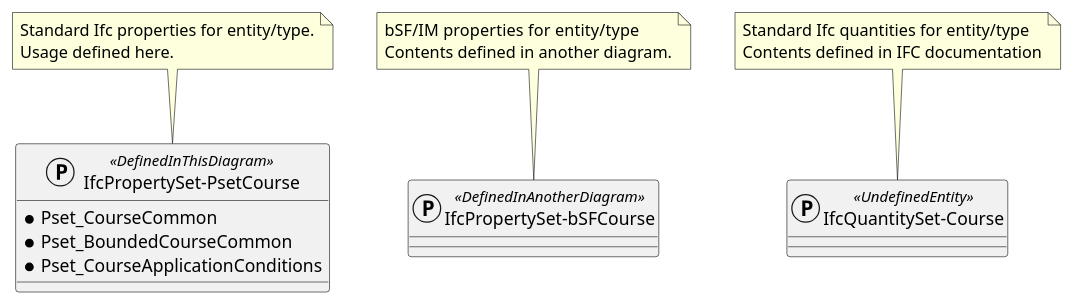
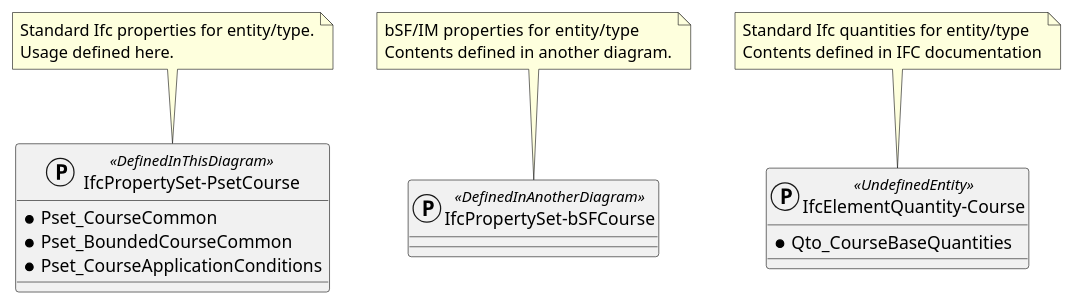
One commit to buildingSMART-Finland/RYTV-IFCRoute changed the second of 2 diagrams in markdown/foreword.md. Above: the diagram before and after it, drawn with PlantUML.

Commit message:
Update foreword.md
Legend for quantity sets updated

```diff
--- a/markdown/foreword.md
+++ b/markdown/foreword.md
@@ -106,32 +106,33 @@
 @startuml
 protocol "IfcPropertySet-PsetCourse" <<DefinedInThisDiagram>>
 {
     *Pset_CourseCommon
     *Pset_BoundedCourseCommon
     *Pset_CourseApplicationConditions
 }
 note top of "IfcPropertySet-PsetCourse"
     Standard Ifc properties for entity/type.
     Usage defined here.
 end note
 
 
 protocol "IfcPropertySet-bSFCourse" <<DefinedInAnotherDiagram>>
 {
 }
 
 note top of "IfcPropertySet-bSFCourse"
     bSF/IM properties  for entity/type
     Contents defined in another diagram.
 end note
 
-protocol "IfcQuantitySet-Course" <<UndefinedEntity>>
+protocol "IfcElementQuantity-Course" <<UndefinedEntity>>
 {
+    *Qto_CourseBaseQuantities
 }
 
-note top of "IfcQuantitySet-Course"
+note top of "IfcElementQuantity-Course"
     Standard Ifc quantities for entity/type
     Contents defined in IFC documentation
 end note
 
 @enduml
```
